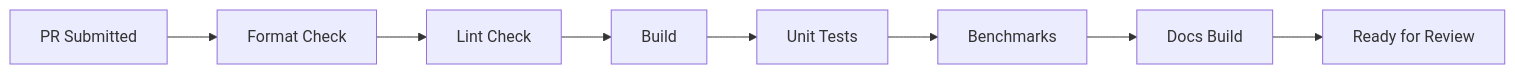
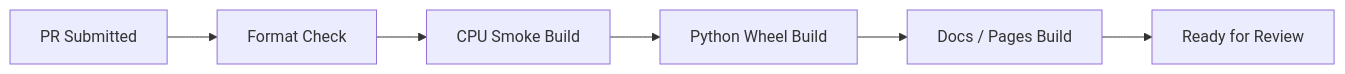
The second of 2 diagrams in docs/en/whitepaper/methodology.md (LessUp/modern-ai-kernels), drawn with Mermaid before and after one commit. The commit also changed other lines of this file and 48 other files, not shown here.

````diff
--- a/docs/en/whitepaper/methodology.md
+++ b/docs/en/whitepaper/methodology.md
@@ -203,10 +193,8 @@
 ```mermaid
 flowchart LR
     PR["PR Submitted"] --> FORMAT["Format Check"]
-    FORMAT --> LINT["Lint Check"]
-    LINT --> BUILD["Build"]
-    BUILD --> TEST["Unit Tests"]
-    TEST --> BENCH["Benchmarks"]
-    BENCH --> DOCS["Docs Build"]
-    DOCS --> APPROVE["Ready for Review"]
+    FORMAT --> SMOKE["CPU Smoke Build"]
+    SMOKE --> WHEEL["Python Wheel Build"]
+    WHEEL --> DOCS["Docs / Pages Build"]
+    DOCS --> REVIEW["Ready for Review"]
 ```
````
